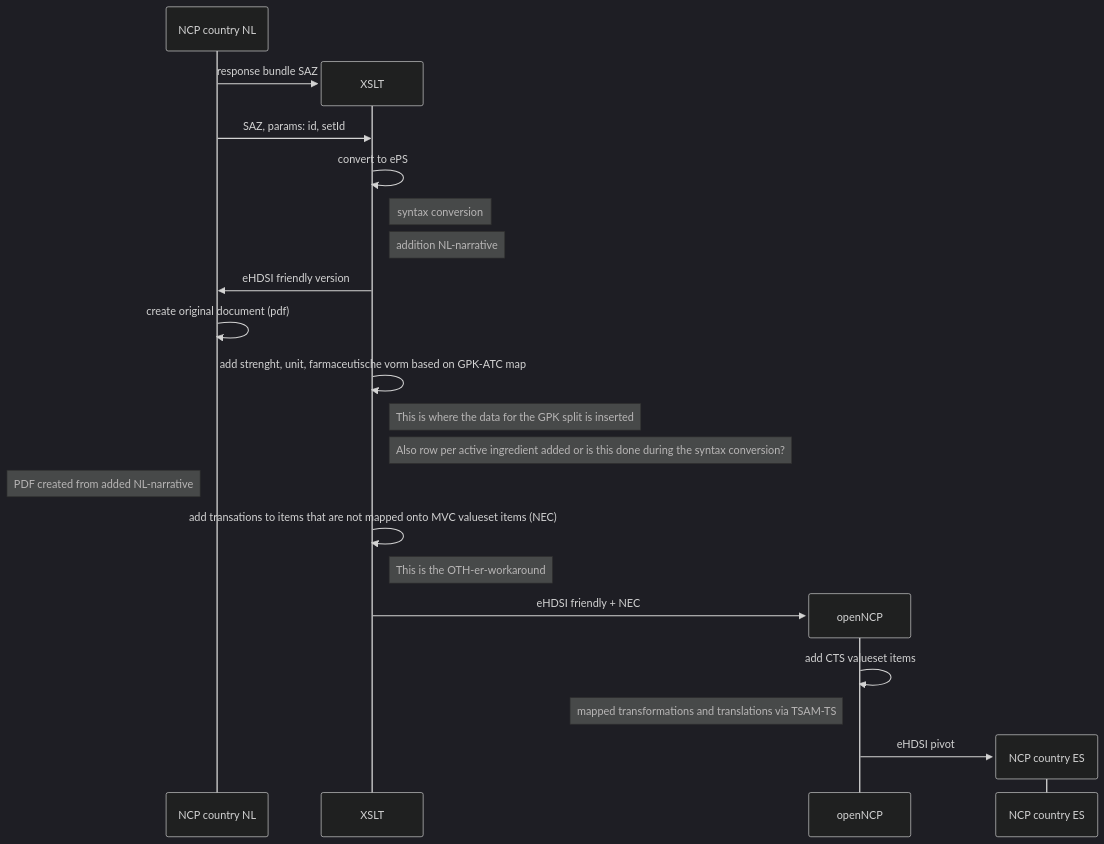
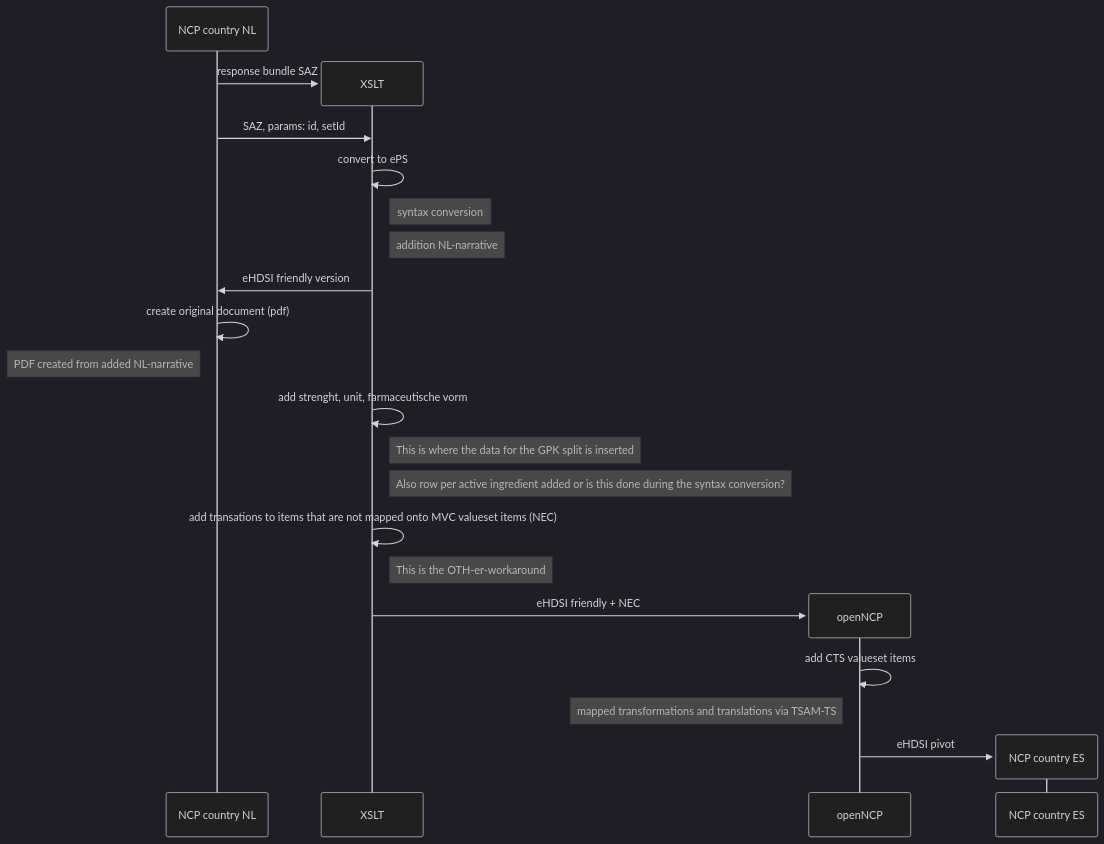
One commit to Nictiz/ncp-conversie changed the diagram in nieuw.md. Above: the diagram before and after it, drawn with Mermaid (dark theme).

````diff
--- a/nieuw.md
+++ b/nieuw.md
@@ -2,32 +2,32 @@
 ```mermaid
 sequenceDiagram
 
   participant A as NCP country NL
  
 create participant XSLT
 
  
     A->>XSLT: response bundle SAZ
 
     A->>XSLT: SAZ, params: id, setId
   
     XSLT->>XSLT: convert to ePS
 Note right of XSLT: syntax conversion
 Note right of XSLT: addition NL-narrative
 
     XSLT->>A: eHDSI friendly version
     A->>A: create original document (pdf)
-XSLT->>XSLT: add strenght, unit, farmaceutische vorm based on GPK-ATC map
+Note left of A: PDF created from added NL-narrative
+XSLT->>XSLT: add strenght, unit, farmaceutische vorm
 Note right of XSLT: This is where the data for the GPK split is inserted
 Note right of XSLT: Also row per active ingredient added or is this done during the syntax conversion?  
-Note left of A: PDF created from added NL-narrative
     XSLT->>XSLT: add transations to items that are not mapped onto MVC valueset items (NEC)
 Note right of XSLT: This is the OTH-er-workaround
   create participant openNCP
     XSLT->>openNCP: eHDSI friendly + NEC 
    openNCP->>openNCP: add CTS valueset items
 Note left of openNCP: mapped transformations and translations via TSAM-TS
 create participant NCP country ES
     openNCP->> NCP country ES: eHDSI pivot
 
 ```
````
